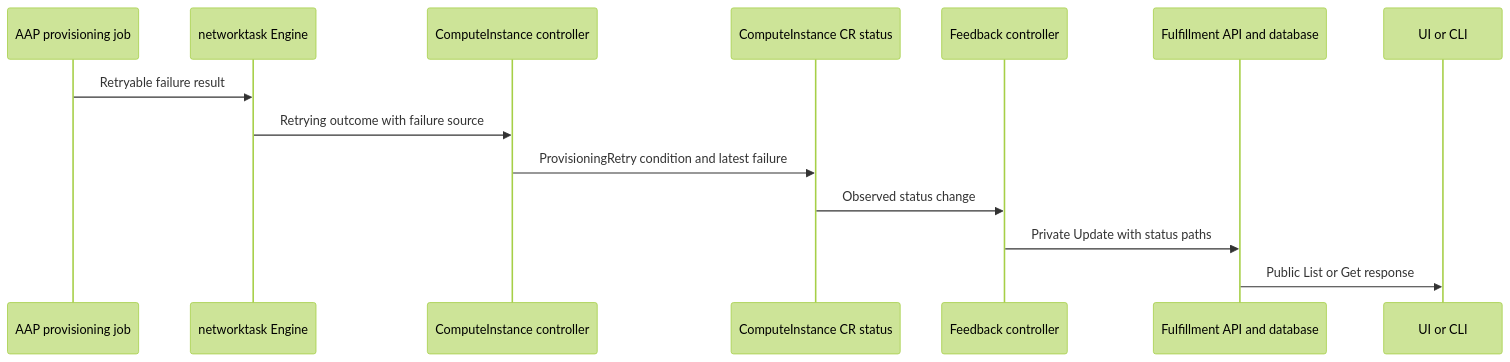
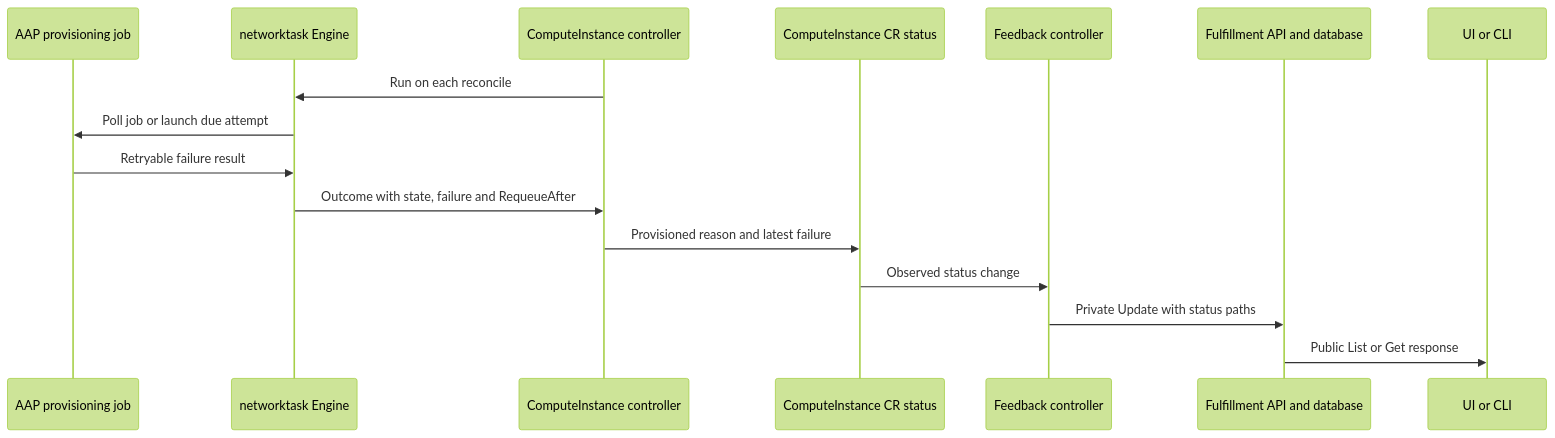
Before and after one commit to osac-project/enhancement-proposals: the diagram in enhancements/OSAC-6008-expose-computeinstance-provisioning-failures/design.md, drawn with Mermaid (forest theme). The commit also changed other lines of this file and 1 other file, not shown here.

First line of the commit message:
OSAC-6011: Reuse provisioned condition and bound failure messages

````diff
--- a/enhancements/OSAC-6008-expose-computeinstance-provisioning-failures/design.md
+++ b/enhancements/OSAC-6008-expose-computeinstance-provisioning-failures/design.md
@@ -107,16 +110,18 @@
 ```mermaid
 sequenceDiagram
     participant AAP as AAP provisioning job
     participant Engine as networktask Engine
     participant Controller as ComputeInstance controller
     participant CR as ComputeInstance CR status
     participant Feedback as Feedback controller
     participant API as Fulfillment API and database
     participant Client as UI or CLI
+    Controller->>Engine: Run on each reconcile
+    Engine->>AAP: Poll job or launch due attempt
     AAP->>Engine: Retryable failure result
-    Engine->>Controller: Retrying outcome with failure source
-    Controller->>CR: ProvisioningRetry condition and latest failure
+    Engine->>Controller: Outcome with state, failure and RequeueAfter
+    Controller->>CR: Provisioned reason and latest failure
     CR->>Feedback: Observed status change
     Feedback->>API: Private Update with status paths
     API->>Client: Public List or Get response
 ```
````
